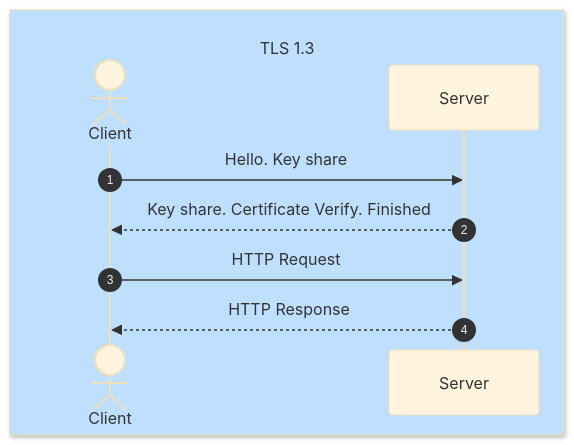
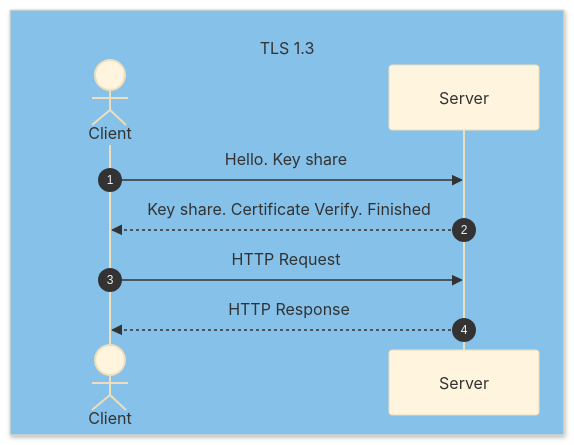
The second of 2 diagrams in tls_1.3.md (jtaverne/ovh), drawn with Mermaid before and after one commit.

````diff
--- a/tls_1.3.md
+++ b/tls_1.3.md
@@ -32,14 +32,14 @@
 ```mermaid
 %%{init: {'theme': 'base' } }%%
 sequenceDiagram
 autonumber
-box rgb(191, 223, 255) <br/>TLS 1.3
+box rgb( 133, 193, 233 ) <br/>TLS 1.3
     actor Client
     participant Server
 end
 Client ->> Server : Hello. Key share
 Server -->> Client : Key share. Certificate Verify. Finished
 Client ->> Server : HTTP Request
 Server -->> Client : HTTP Response
 
 ```
````
